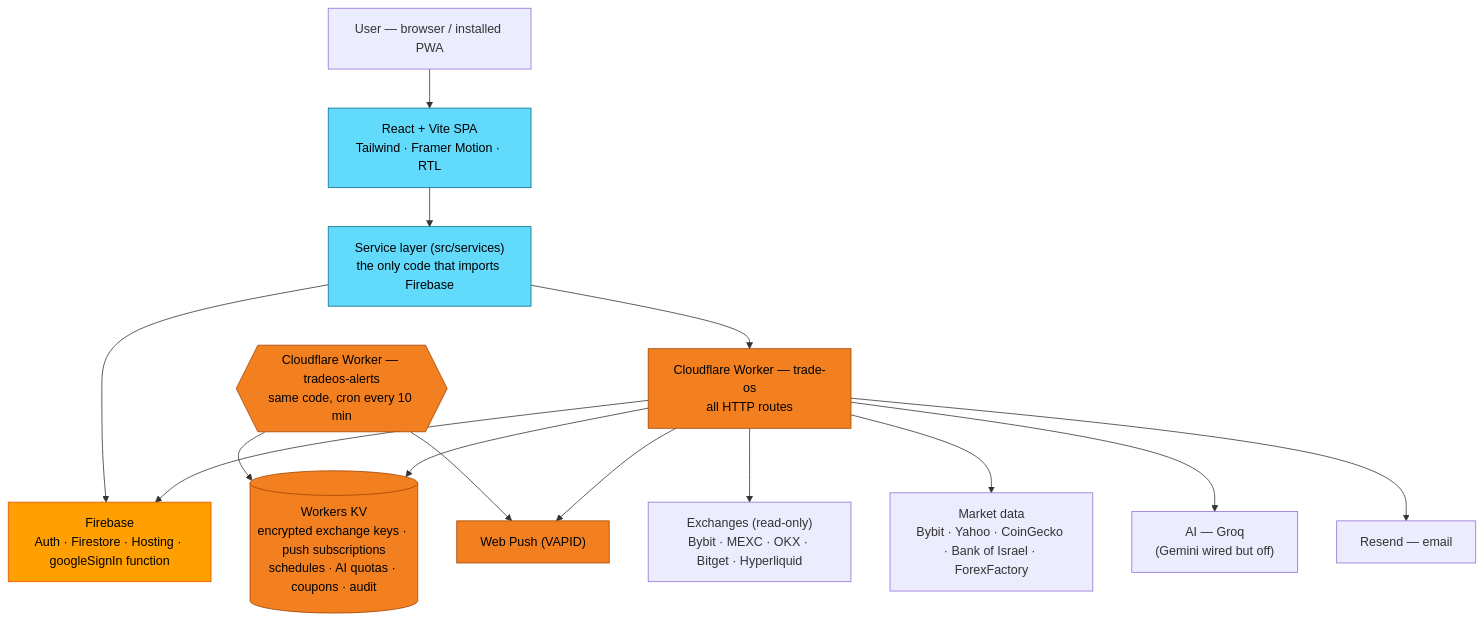
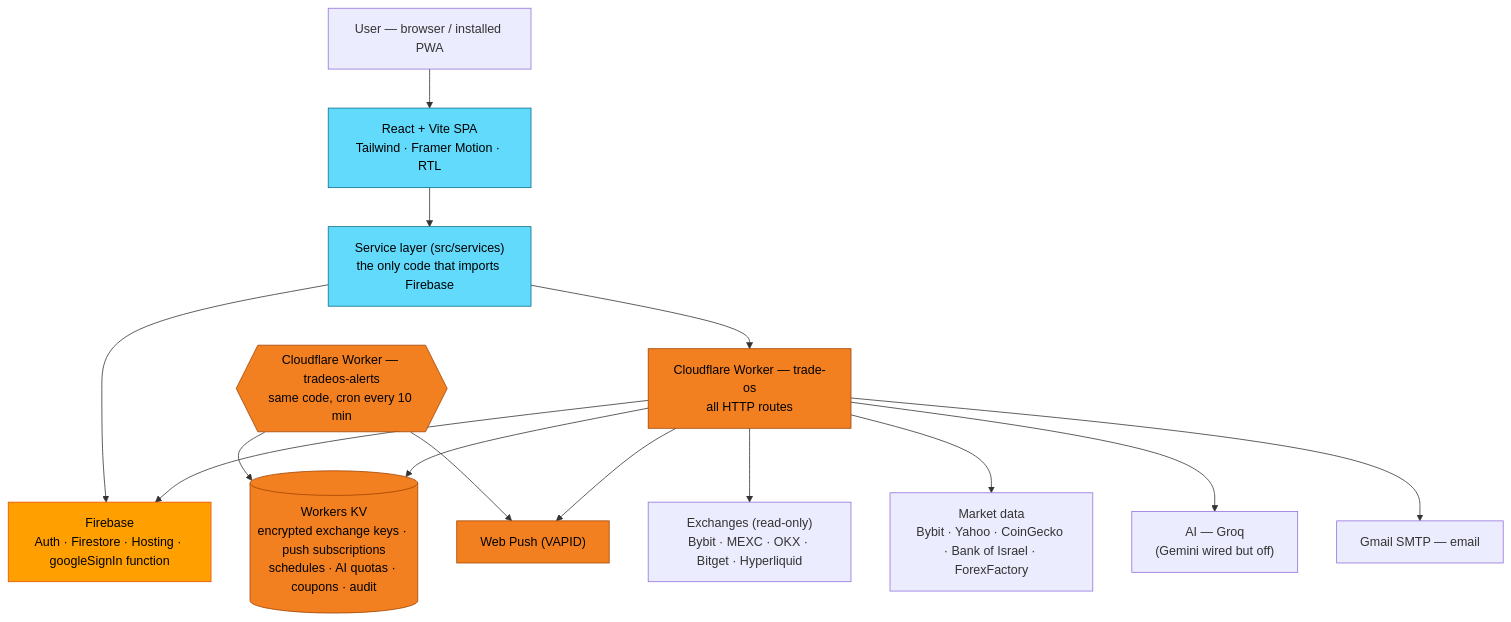
One commit to aviniazov7/TradeOS changed the diagram in README.md. Above: the diagram before and after it, drawn with Mermaid. The commit also changed other lines of this file and 15 other files, not shown here.

First line of the commit message:
feat: send transactional email through Gmail SMTP (#591)

````diff
--- a/README.md
+++ b/README.md
@@ -93,26 +93,26 @@
 ```mermaid
 flowchart TD
     user["User — browser / installed PWA"] --> spa["React + Vite SPA<br/>Tailwind · Framer Motion · RTL"]
 
     spa --> svc["Service layer (src/services)<br/>the only code that imports Firebase"]
     svc --> fb["Firebase<br/>Auth · Firestore · Hosting · googleSignIn function"]
     svc --> w["Cloudflare Worker — trade-os<br/>all HTTP routes"]
 
     cron{{"Cloudflare Worker — tradeos-alerts<br/>same code, cron every 10 min"}} --> kv
     w --> kv[("Workers KV<br/>encrypted exchange keys · push subscriptions<br/>schedules · AI quotas · coupons · audit")]
     w --> fb
     cron --> push
     w --> push["Web Push (VAPID)"]
 
     w --> ex["Exchanges (read-only)<br/>Bybit · MEXC · OKX · Bitget · Hyperliquid"]
     w --> data["Market data<br/>Bybit · Yahoo · CoinGecko · Bank of Israel · ForexFactory"]
     w --> ai["AI — Groq<br/>(Gemini wired but off)"]
-    w --> mail["Resend — email"]
+    w --> mail["Gmail SMTP — email"]
 
     classDef firebase fill:#FFA000,stroke:#E65100,color:#000
     classDef cloudflare fill:#F38020,stroke:#A04200,color:#000
     classDef react fill:#61DAFB,stroke:#0A6E89,color:#000
     class fb firebase
     class w,cron,kv,push cloudflare
     class spa,svc react
 ```
````
